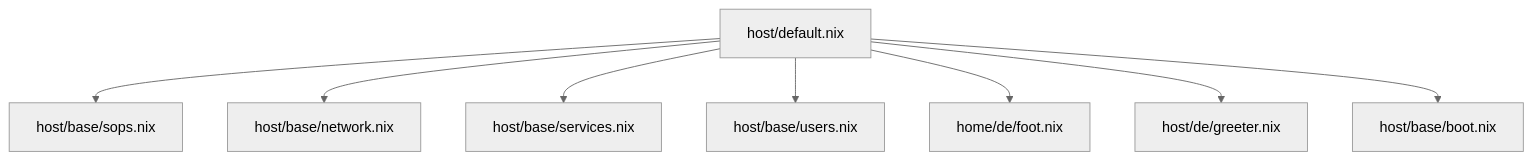
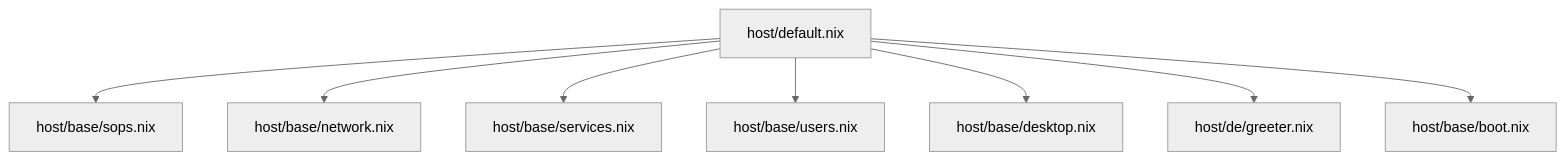
Before and after one commit to Shangshui0302/myNixOSConfig: the first of 2 diagrams in wiki/security/index.md, drawn with Mermaid (neutral theme). The commit also changed other lines of this file and 15 other files, not shown here.

````diff
--- a/wiki/security/index.md
+++ b/wiki/security/index.md
@@ -42,10 +42,10 @@
 ```mermaid
 graph TB
 A["host/default.nix"] --> B["host/base/sops.nix"]
 A --> C["host/base/network.nix"]
 A --> D["host/base/services.nix"]
 A --> E["host/base/users.nix"]
-A --> F["home/de/foot.nix"]
+A --> F["host/base/desktop.nix"]
 A --> G["host/de/greeter.nix"]
 A --> H["host/base/boot.nix"]
 ```
````
